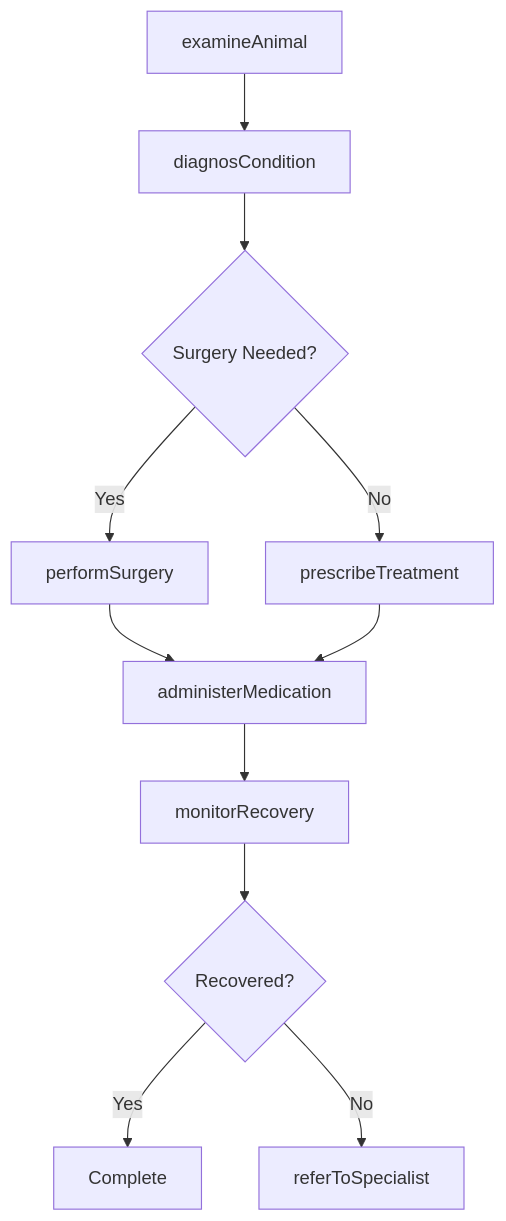
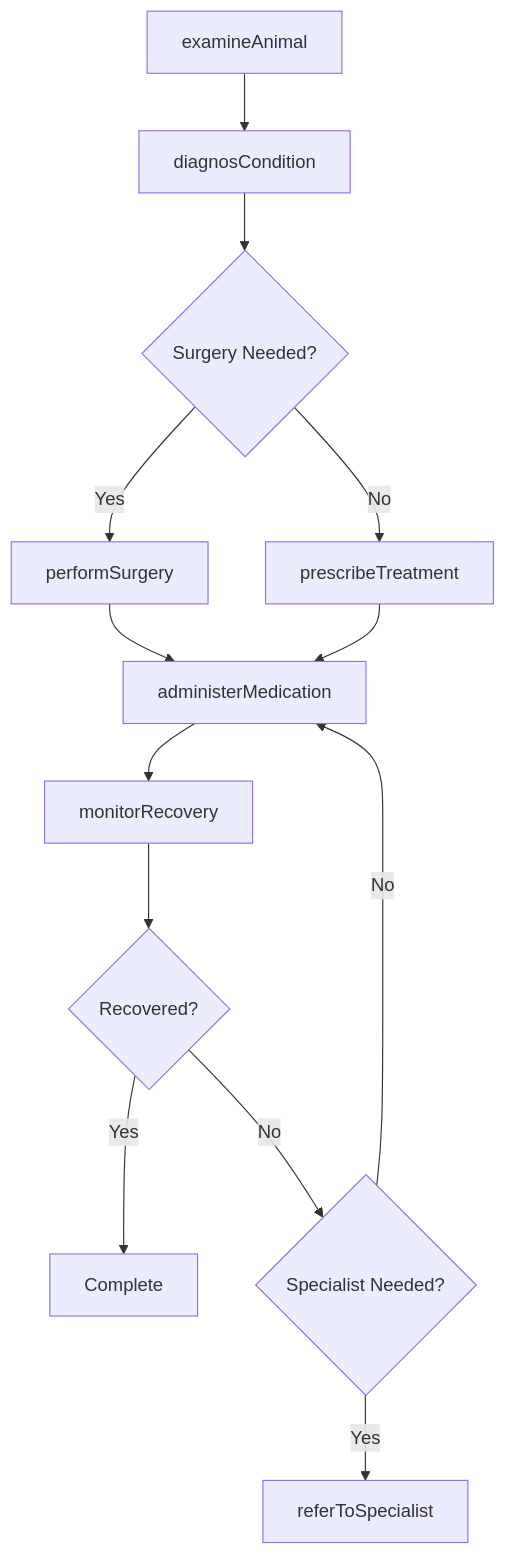
Before and after one commit to dot-org-ai/tasks.org.ai: the third of 4 diagrams in AssistingAndCaringForOthers/TreatInjuriesIllnessesOrDiseases/TreatAnimalInjuriesIllnesses.mdx, drawn with Mermaid. The commit also changed other lines of this file and 504 other files, not shown here.

First line of the commit message:
feat: Add ER diagrams, state diagrams, and workflow improvements to 96 DWA task files

````diff
--- a/AssistingAndCaringForOthers/TreatInjuriesIllnessesOrDiseases/TreatAnimalInjuriesIllnesses.mdx
+++ b/AssistingAndCaringForOthers/TreatInjuriesIllnessesOrDiseases/TreatAnimalInjuriesIllnesses.mdx
@@ -86,13 +115,15 @@
 ```mermaid
 graph TD
     A[examineAnimal] --> B[diagnosCondition]
     B --> C{Surgery Needed?}
     C -->|Yes| D[performSurgery]
     C -->|No| E[prescribeTreatment]
     D --> F[administerMedication]
     E --> F
     F --> G[monitorRecovery]
     G --> H{Recovered?}
     H -->|Yes| I[Complete]
-    H -->|No| J[referToSpecialist]
+    H -->|No| J{Specialist Needed?}
+    J -->|Yes| K[referToSpecialist]
+    J -->|No| F
 ```
````
